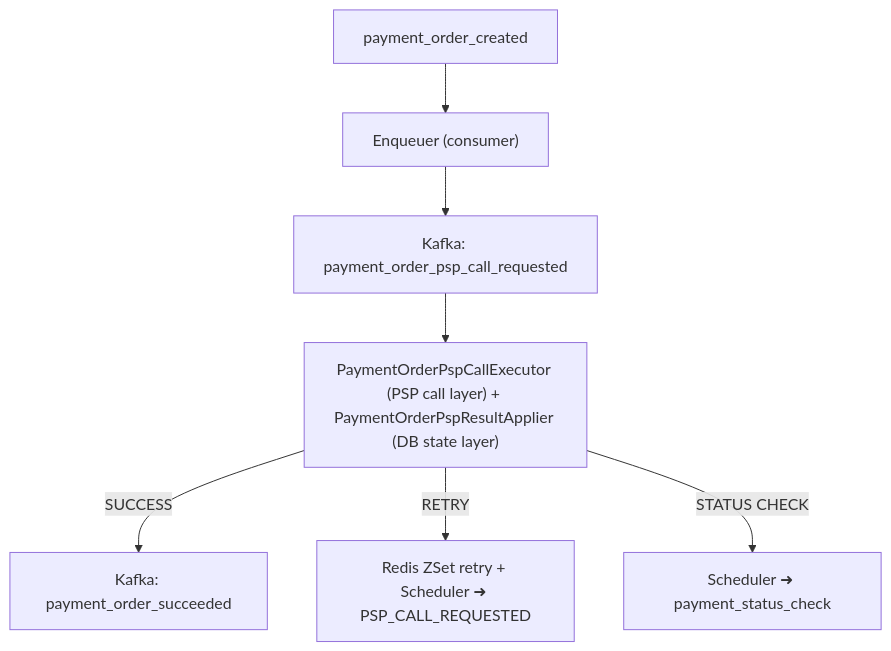
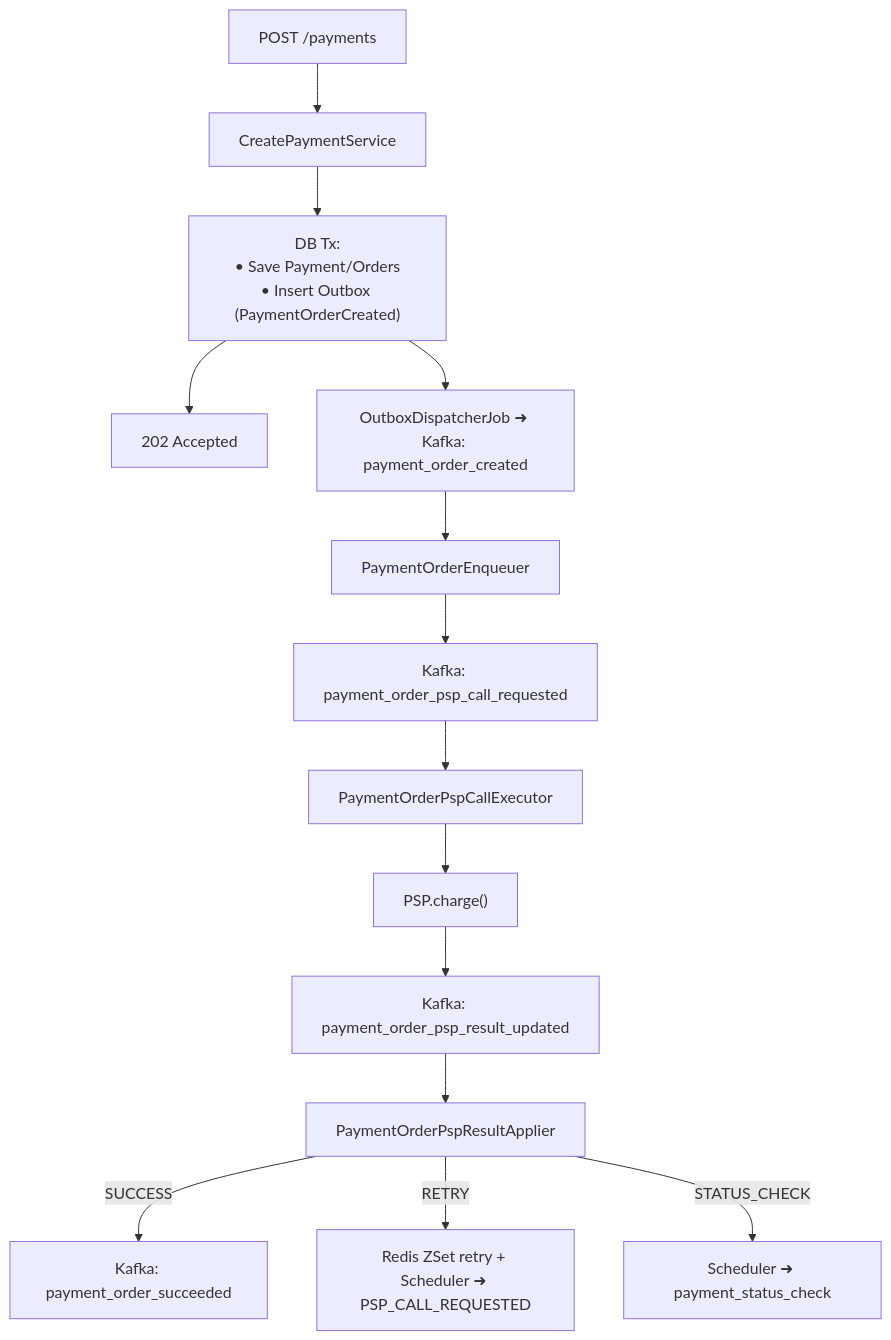
The fifth of 5 diagrams in docs/architecture.md (dcaglar/ecommerce-platform-kotlin), drawn with Mermaid before and after one commit. The commit also changed other lines of this file and 1 other file, not shown here.

````diff
--- a/docs/architecture.md
+++ b/docs/architecture.md
@@ -185,9 +220,18 @@
 ```mermaid
 flowchart TD
-    C1["payment_order_created"] --> D1["Enqueuer (consumer)"]
+    A1["POST /payments"] --> A2["CreatePaymentService"]
+    A2 --> B1["DB Tx:<br/>• Save Payment/Orders<br/>• Insert Outbox (PaymentOrderCreated)"]
+    B1 --> B2["202 Accepted"]
+    B1 --> C1["OutboxDispatcherJob ➜ Kafka: payment_order_created"]
+    
+    C1 --> D1["PaymentOrderEnqueuer"]
     D1 --> E1["Kafka: payment_order_psp_call_requested"]
-    E1 --> F1["PaymentOrderPspCallExecutor (PSP call layer) + PaymentOrderPspResultApplier (DB state layer)"]
-    F1 -->|SUCCESS| G1["Kafka: payment_order_succeeded"]
-    F1 -->|RETRY| H1["Redis ZSet retry + Scheduler ➜ PSP_CALL_REQUESTED"]
-    F1 -->|STATUS CHECK| I1["Scheduler ➜ payment_status_check"]
+    E1 --> F1["PaymentOrderPspCallExecutor"]
+    F1 --> G1["PSP.charge()"]
+    G1 --> H1["Kafka: payment_order_psp_result_updated"]
+    
+    H1 --> I1["PaymentOrderPspResultApplier"]
+    I1 -->|SUCCESS| J1["Kafka: payment_order_succeeded"]
+    I1 -->|RETRY| K1["Redis ZSet retry + Scheduler ➜ PSP_CALL_REQUESTED"]
+    I1 -->|STATUS_CHECK| L1["Scheduler ➜ payment_status_check"]
 ```
````
